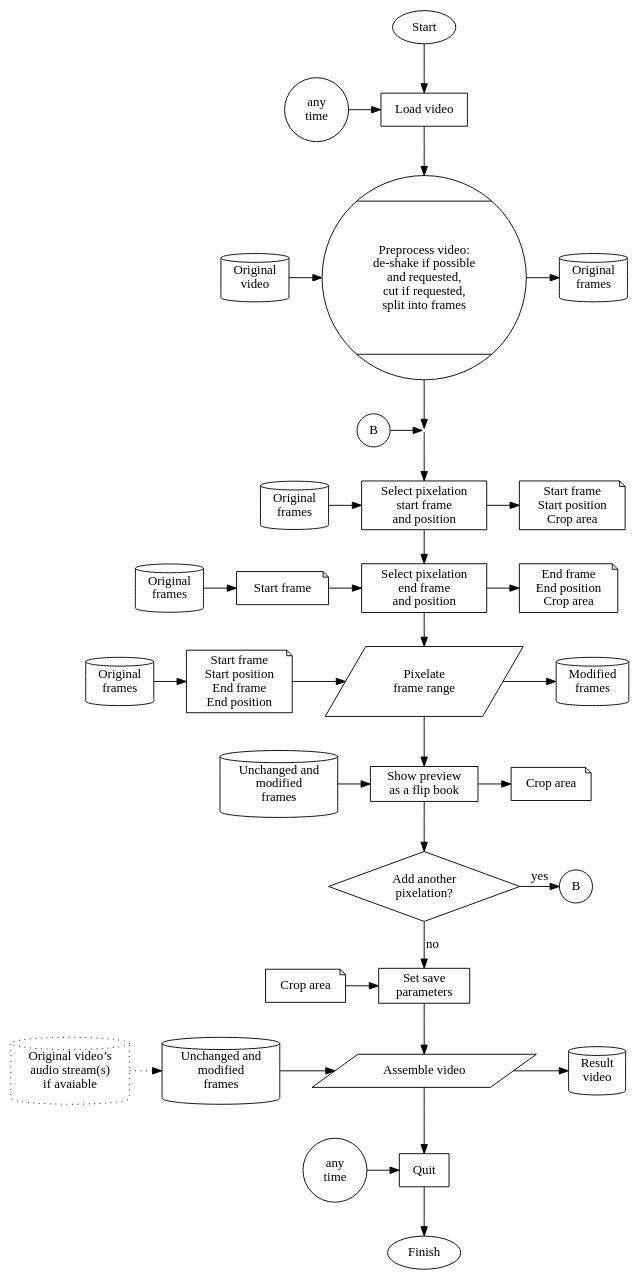
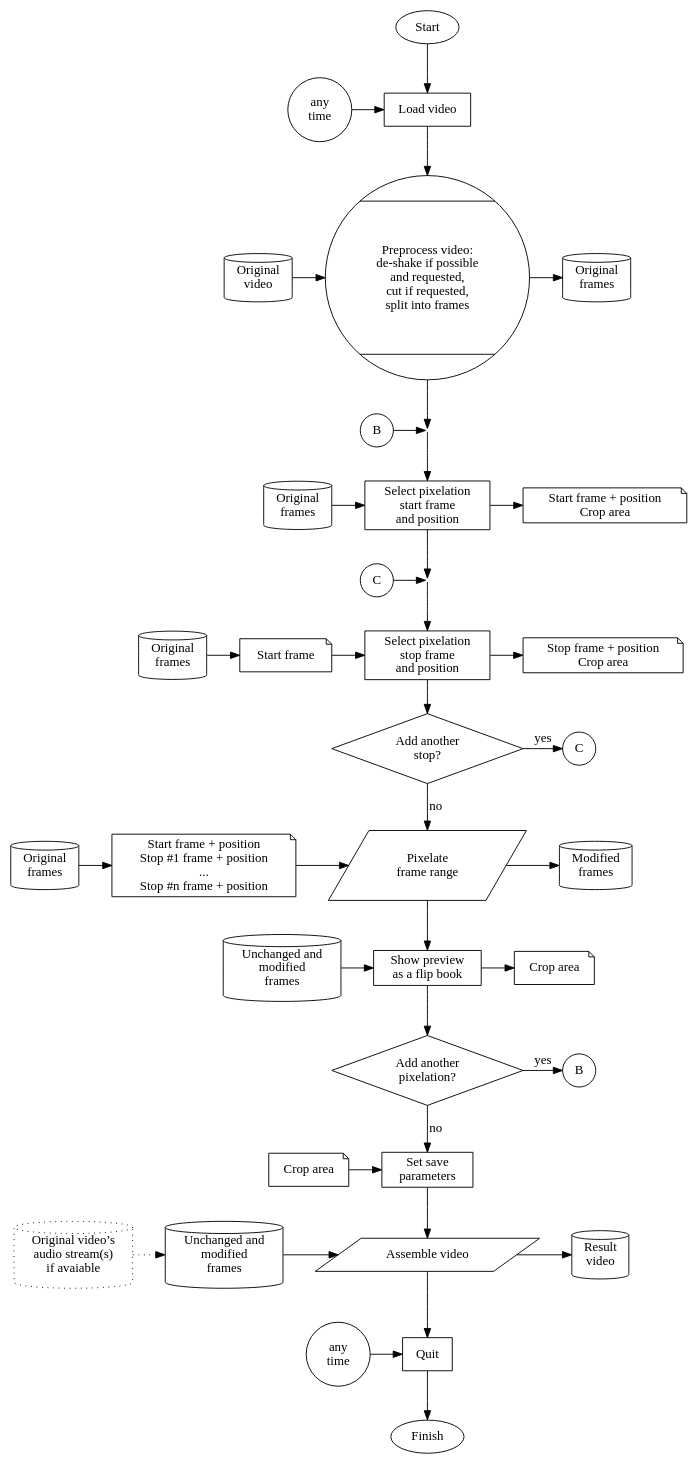
The diagram in docs/development/pixelate-videos-ng-generic.dot (blackstream-x/pyxelate), drawn with Graphviz before and after one commit. The commit also changed 4 other files, not shown here.

```diff
--- a/docs/development/pixelate-videos-ng-generic.dot
+++ b/docs/development/pixelate-videos-ng-generic.dot
@@ -1,76 +1,86 @@
 digraph "pixelate-videos generic workflow (v0.8+)" {
 
 load_video[label="Load video", shape=rect]
 preprocess_video[label="Preprocess video:\nde-shake if possible\nand requested,\ncut if requested,\nsplit into frames", shape=Mcircle]
 new_pixelation[shape=point, style=invis]
 start_position[label="Select pixelation\nstart frame\nand position", shape=rect]
-end_position[label="Select pixelation\nend frame\nand position", shape=rect]
+additional_stop_position[shape=point, style=invis]
+stop_position[label="Select pixelation\nstop frame\nand position", shape=rect]
+add_stop_position[label="Add another\nstop?", shape=diamond]
 apply_pixelation[label="Pixelate\nframe range", shape=parallelogram]
 show_preview[label="Show preview\nas a flip book", shape=rect]
 add_pixelation[label="Add another\npixelation?", shape=diamond]
 set_save_params[label="Set save\nparameters", shape=rect]
 save_video[label="Assemble video", shape=parallelogram]
 quit[label="Quit", shape=rect]
 
 in_original_video[label="Original\nvideo", shape=cylinder]
 out_original_frames[label="Original\nframes", shape=cylinder]
 in_start_frame[label="Start frame", shape=note]
-out_start_position[label="Start frame\nStart position\nCrop area", shape=note]
-out_end_position[label="End frame\nEnd position\nCrop area", shape=note]
-in_frames_and_positions[label="Start frame\nStart position\nEnd frame\nEnd position", shape=note]
+out_start_position[label="Start frame + position\nCrop area", shape=note]
+out_stop_position[label="Stop frame + position\nCrop area", shape=note]
+in_frames_and_positions[label="Start frame + position\nStop #1 frame + position\n...\nStop #n frame + position", shape=note]
 in_original_frames_1[label="Original\nframes", shape=cylinder]
 in_original_frames_2[label="Original\nframes", shape=cylinder]
 in_original_frames_3[label="Original\nframes", shape=cylinder]
 out_modified_frames[label="Modified\nframes", shape=cylinder]
 in_modified_frames_1[label="Unchanged and\nmodified\nframes", shape=cylinder]
 out_crop_area[label="Crop area", shape=note]
 in_crop_area[label="Crop area", shape=note]
 in_modified_frames_2[label="Unchanged and\nmodified\nframes", shape=cylinder]
 in_original_audio_stream[label="Original video’s\naudio stream(s)\nif avaiable", shape=cylinder, style=dotted]
 out_result_video[label="Result\nvideo", shape=cylinder]
 
 anytime_load[label="any\ntime", shape=circle]
 anytime_quit[label="any\ntime", shape=circle]
 additional_pixelation_1[label="B", shape=circle]
 additional_pixelation_2[label="B", shape=circle]
+additional_station_1[label="C", shape=circle]
+additional_station_2[label="C", shape=circle]
 
 {rank=same; in_original_video; preprocess_video; out_original_frames}
 {rank=same; additional_pixelation_1; new_pixelation}
 {rank=same; in_original_frames_1; start_position; out_start_position}
-{rank=same; in_original_frames_2; in_start_frame; end_position; out_end_position}
+{rank=same; additional_station_1; additional_stop_position}
+{rank=same; in_original_frames_2; in_start_frame; stop_position; out_stop_position}
+{rank=same; add_stop_position; additional_station_2}
 {rank=same; in_original_frames_3; in_frames_and_positions; apply_pixelation; out_modified_frames}
 {rank=same; in_modified_frames_1; show_preview; out_crop_area}
 {rank=same; add_pixelation; additional_pixelation_2}
 {rank=same; in_crop_area; set_save_params}
 {rank=same; in_original_audio_stream; in_modified_frames_2; save_video; out_result_video}
 
 {rank=same; anytime_load; load_video}
 {rank=same; anytime_quit; quit}
 
 Start -> load_video;
 load_video -> preprocess_video;
 in_original_video -> preprocess_video -> out_original_frames;
 preprocess_video -> new_pixelation;
 additional_pixelation_1 -> new_pixelation;
 new_pixelation -> start_position;
 in_original_frames_1 -> start_position -> out_start_position;
-start_position -> end_position;
-in_original_frames_2 -> in_start_frame -> end_position -> out_end_position;
-end_position -> apply_pixelation;
+start_position -> additional_stop_position;
+additional_station_1 -> additional_stop_position;
+additional_stop_position -> stop_position;
+in_original_frames_2 -> in_start_frame -> stop_position -> out_stop_position;
+stop_position -> add_stop_position;
+add_stop_position -> additional_station_2[label="yes"];
+add_stop_position -> apply_pixelation[label="no"];
 in_original_frames_3 -> in_frames_and_positions -> apply_pixelation -> out_modified_frames;
 apply_pixelation -> show_preview;
 in_modified_frames_1 -> show_preview -> out_crop_area;
 show_preview -> add_pixelation;
 add_pixelation -> additional_pixelation_2[label="yes"];
 add_pixelation -> set_save_params[label="no"];
 in_crop_area -> set_save_params;
 set_save_params -> save_video;
 in_original_audio_stream -> in_modified_frames_2[style=dotted];
 in_modified_frames_2 -> save_video -> out_result_video;
 save_video -> quit;
 
 anytime_load -> load_video;
 anytime_quit -> quit;
 quit -> Finish;
 
 }
```
